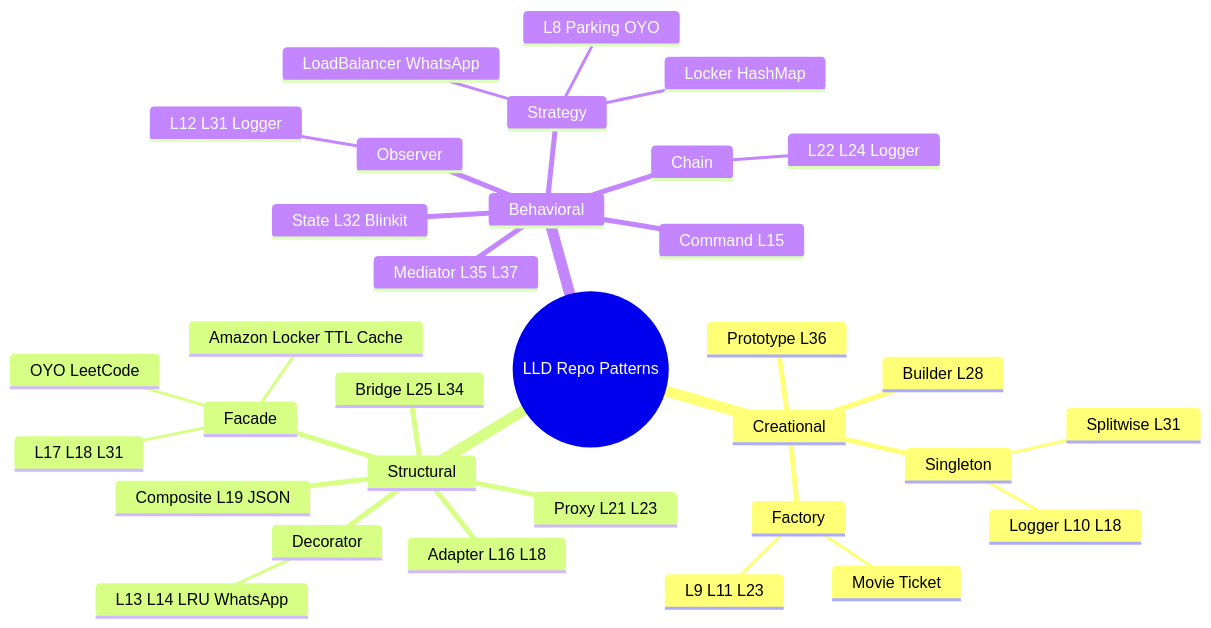
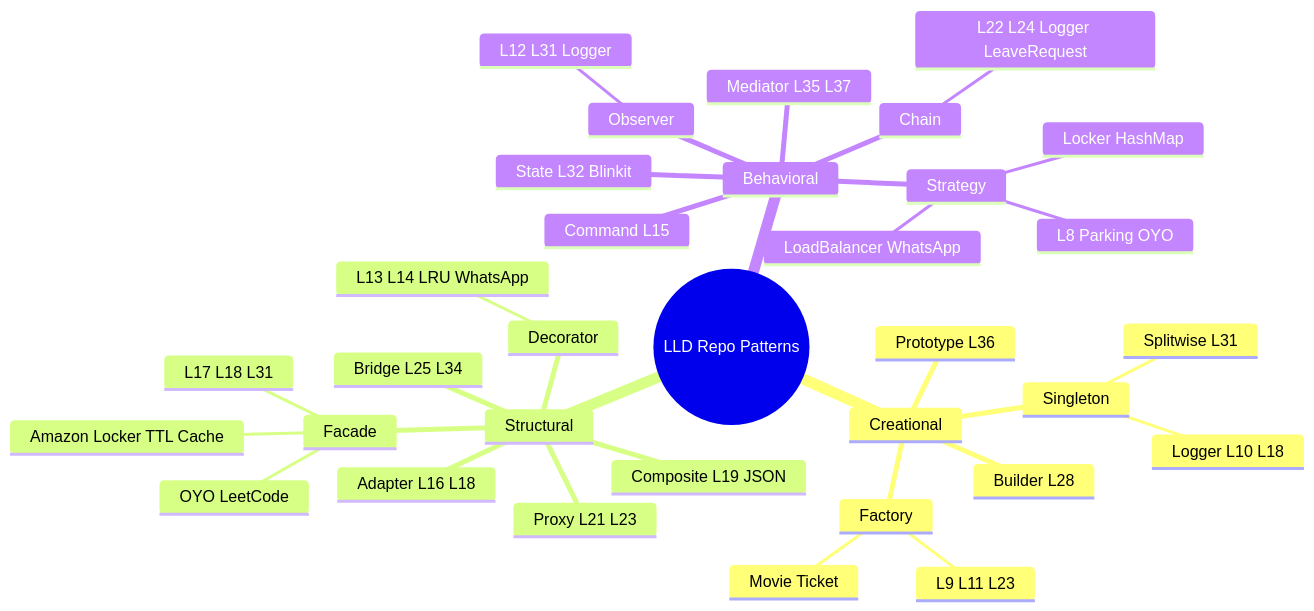
Before and after one commit to subhm2004/LLD: the third of 21 diagrams in docs/PROJECT_DESIGN_PATTERNS.md, drawn with Mermaid. The commit also changed other lines of this file and 53 other files, not shown here.

````diff
--- a/docs/PROJECT_DESIGN_PATTERNS.md
+++ b/docs/PROJECT_DESIGN_PATTERNS.md
@@ -92,36 +92,36 @@
 ```mermaid
 mindmap
   root((LLD Repo Patterns))
     Creational
       Singleton
         Logger L10 L18
         Splitwise L31
       Factory
         L9 L11 L23
         Movie Ticket
       Builder L28
       Prototype L36
     Structural
       Facade
         L17 L18 L31
         OYO LeetCode
         Amazon Locker TTL Cache
       Decorator
         L13 L14 LRU WhatsApp
       Adapter L16 L18
       Bridge L25 L34
       Proxy L21 L23
       Composite L19 JSON
     Behavioral
       Strategy
         L8 Parking OYO
         LoadBalancer WhatsApp
         Locker HashMap
       Observer
         L12 L31 Logger
       Chain
-        L22 L24 Logger
+        L22 L24 Logger LeaveRequest
       State L32 Blinkit
       Command L15
       Mediator L35 L37
 ```
````
